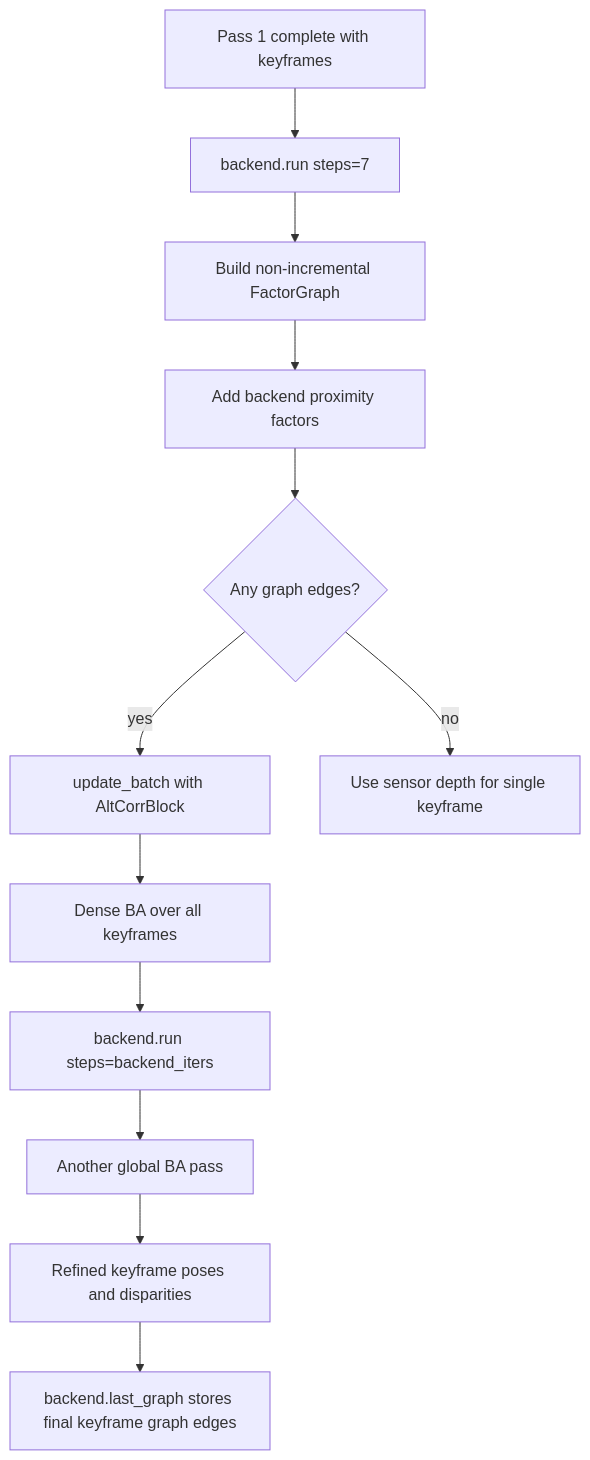
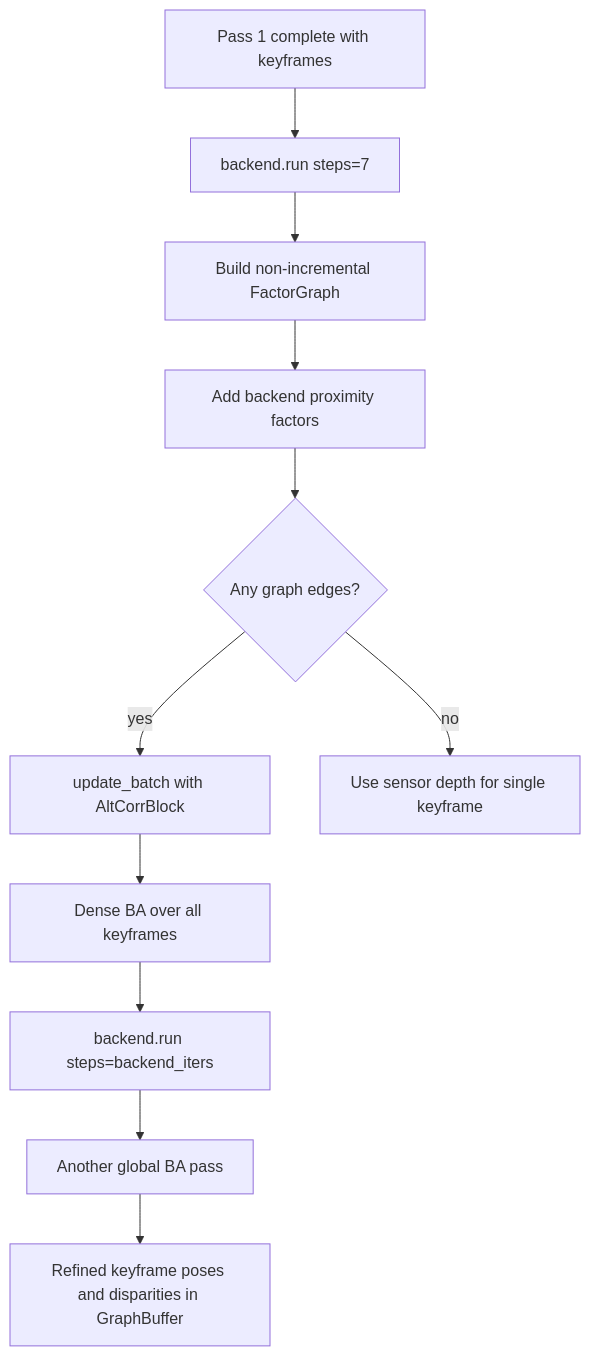
Before and after one commit to sadanand1120/vipe: the eighth of 12 diagrams in fullexplain.md, drawn with Mermaid. The commit also changed other lines of this file and 44 other files, not shown here.

````diff
--- a/fullexplain.md
+++ b/fullexplain.md
@@ -1201,14 +1157,13 @@
 ```mermaid
 flowchart TD
     A[Pass 1 complete with keyframes] --> B[backend.run steps=7]
     B --> C[Build non-incremental FactorGraph]
     C --> D[Add backend proximity factors]
     D --> E{Any graph edges?}
     E -->|yes| F[update_batch with AltCorrBlock]
     E -->|no| G[Use sensor depth for single keyframe]
     F --> H[Dense BA over all keyframes]
     H --> I[backend.run steps=backend_iters]
     I --> J[Another global BA pass]
-    J --> K[Refined keyframe poses and disparities]
-    K --> L[backend.last_graph stores final keyframe graph edges]
+    J --> K[Refined keyframe poses and disparities in GraphBuffer]
 ```
````
